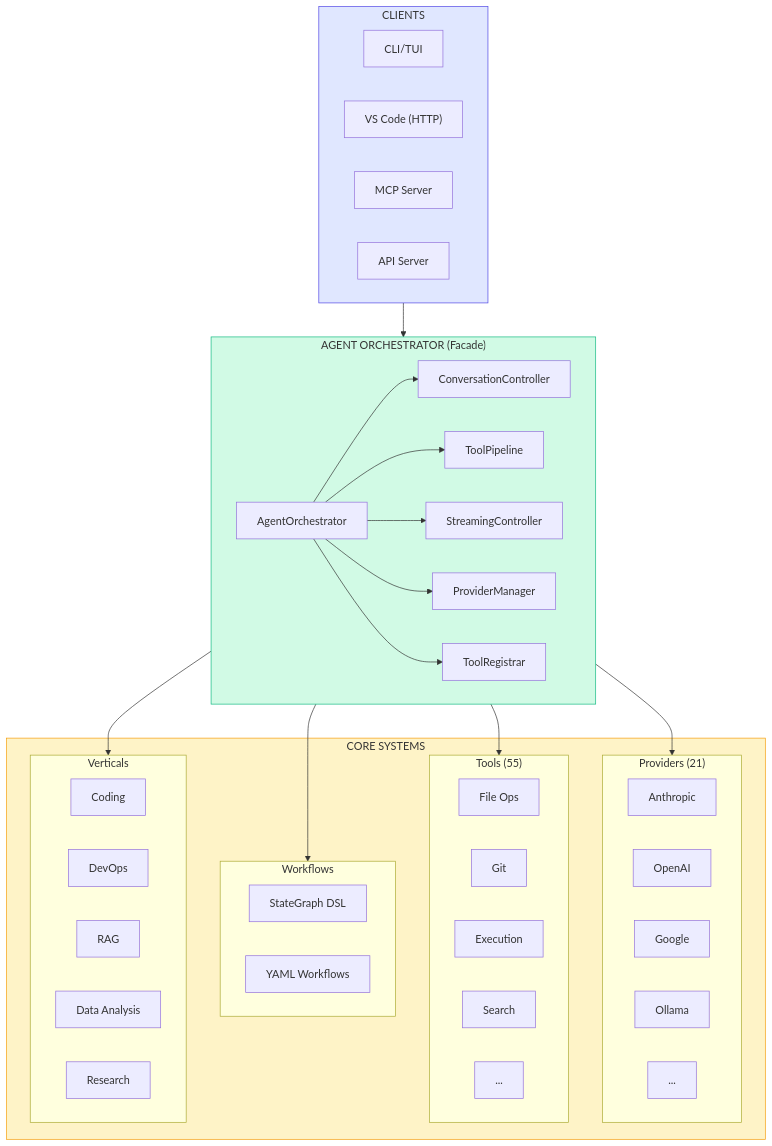
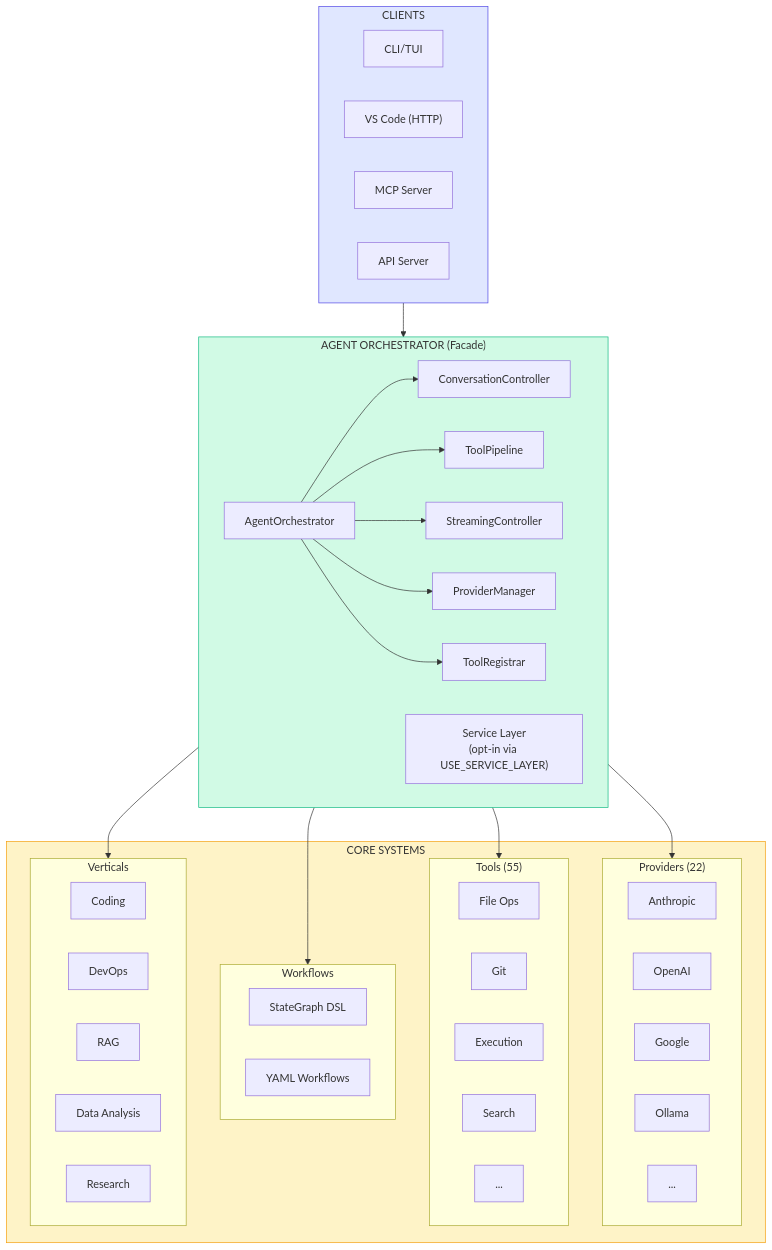
One commit to vjsingh1984/victor changed the first of 11 diagrams in docs/development/architecture/deep-dive.md. Above: the diagram before and after it, drawn with Mermaid. The commit also changed other lines of this file and 1499 other files, not shown here.

First line of the commit message:
v0.6.1: Architecture cleanup, contrib removal, SDK decoupling

````diff
--- a/docs/development/architecture/deep-dive.md
+++ b/docs/development/architecture/deep-dive.md
@@ -18,61 +18,62 @@
 ```mermaid
 flowchart TB
     subgraph Clients["CLIENTS"]
         CLI["CLI/TUI"]
         VSCODE["VS Code (HTTP)"]
         MCP_S["MCP Server"]
         API["API Server"]
     end
 
     subgraph Orchestrator["AGENT ORCHESTRATOR (Facade)"]
         ORC["AgentOrchestrator"]
         CC["ConversationController"]
         TP["ToolPipeline"]
         SC["StreamingController"]
         PM["ProviderManager"]
         TR["ToolRegistrar"]
+        SL["Service Layer<br/>(opt-in via USE_SERVICE_LAYER)"]
     end
 
     subgraph CoreSystems["CORE SYSTEMS"]
-        subgraph Providers["Providers (21)"]
+        subgraph Providers["Providers (22)"]
             ANT["Anthropic"]
             OAI["OpenAI"]
             GGL["Google"]
             OLL["Ollama"]
             MORE["..."]
         end
         subgraph Tools["Tools (55)"]
             FILE["File Ops"]
             GIT["Git"]
             EXEC["Execution"]
             SEARCH["Search"]
             MORE2["..."]
         end
         subgraph Workflows["Workflows"]
             SG["StateGraph DSL"]
             YAML["YAML Workflows"]
         end
         subgraph Verticals["Verticals"]
             COD["Coding"]
             DEV["DevOps"]
             RAG["RAG"]
             DATA["Data Analysis"]
             RES["Research"]
         end
     end
 
     Clients --> Orchestrator
     ORC --> CC
     ORC --> TP
     ORC --> SC
     ORC --> PM
     ORC --> TR
     Orchestrator --> Providers
     Orchestrator --> Tools
     Orchestrator --> Workflows
     Orchestrator --> Verticals
 
     style Clients fill:#e0e7ff,stroke:#4f46e5
     style Orchestrator fill:#d1fae5,stroke:#10b981
     style CoreSystems fill:#fef3c7,stroke:#f59e0b
 ```
````
